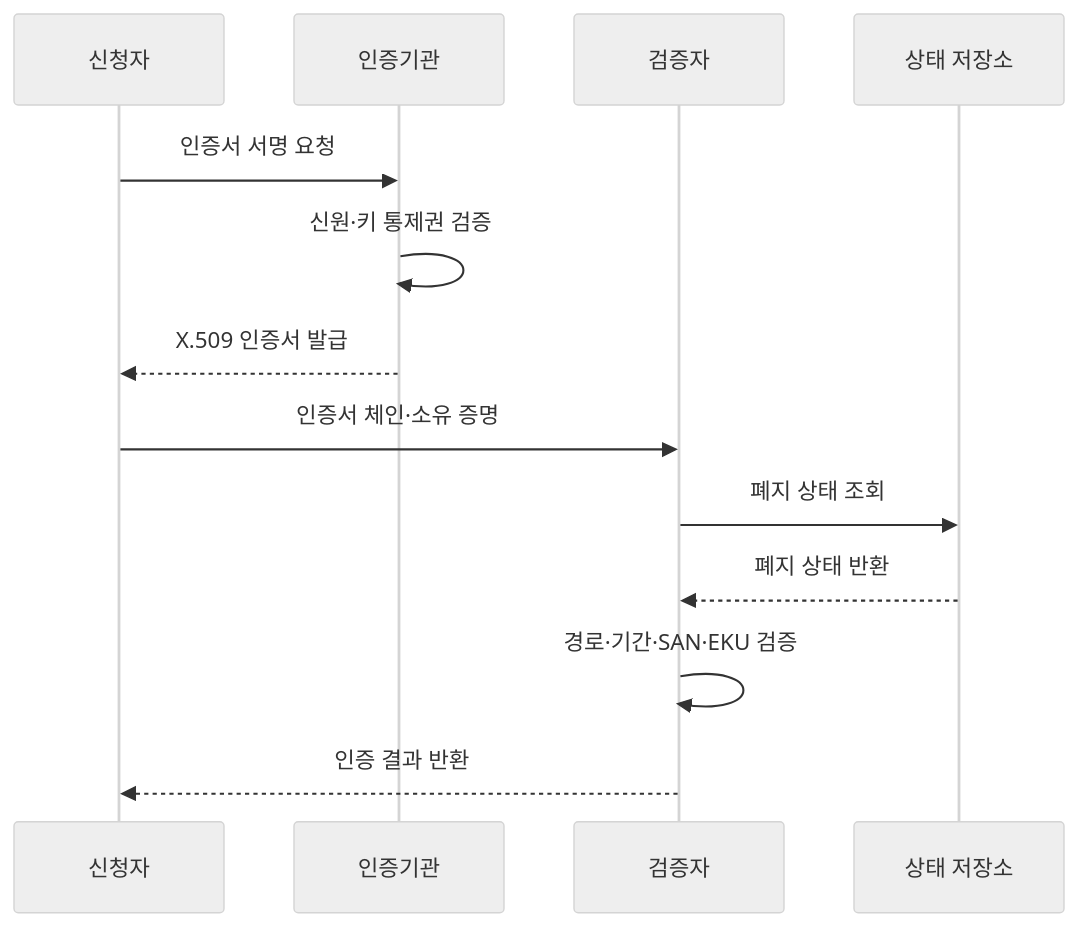
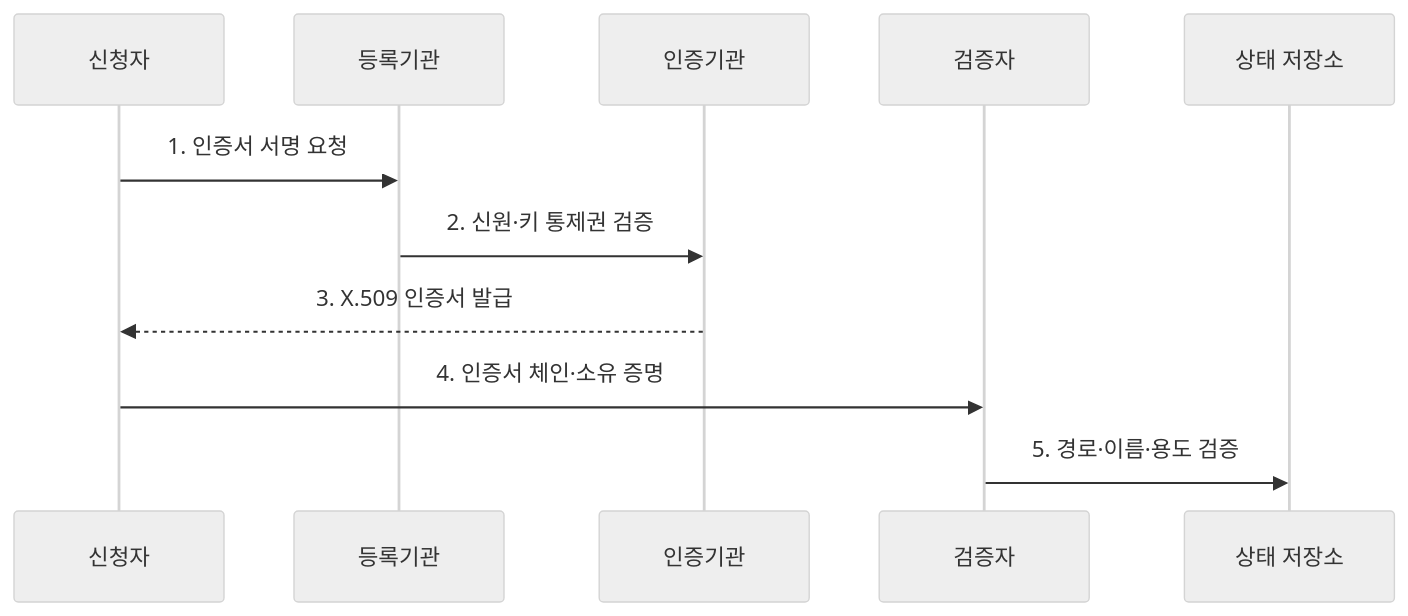
The second of 2 diagrams in src/content/docs/notes/05-security/008_x509_certificate.md (agnusdei1207/knowledge-base), drawn with Mermaid (neutral theme) before and after one commit. The commit also changed other lines of this file and 22 other files, not shown here.

````diff
--- a/src/content/docs/notes/05-security/008_x509_certificate.md
+++ b/src/content/docs/notes/05-security/008_x509_certificate.md
@@ -93,15 +89,13 @@
 ```mermaid
 sequenceDiagram
     participant S as 신청자
+    participant A as 등록기관
     participant C as 인증기관
     participant V as 검증자
     participant R as 상태 저장소
-    S->>C: 인증서 서명 요청
-    C->>C: 신원·키 통제권 검증
-    C-->>S: X.509 인증서 발급
-    S->>V: 인증서 체인·소유 증명
-    V->>R: 폐지 상태 조회
-    R-->>V: 폐지 상태 반환
-    V->>V: 경로·기간·SAN·EKU 검증
-    V-->>S: 인증 결과 반환
+    S->>A: 1. 인증서 서명 요청
+    A->>C: 2. 신원·키 통제권 검증
+    C-->>S: 3. X.509 인증서 발급
+    S->>V: 4. 인증서 체인·소유 증명
+    V->>R: 5. 경로·이름·용도 검증
 ```
````
